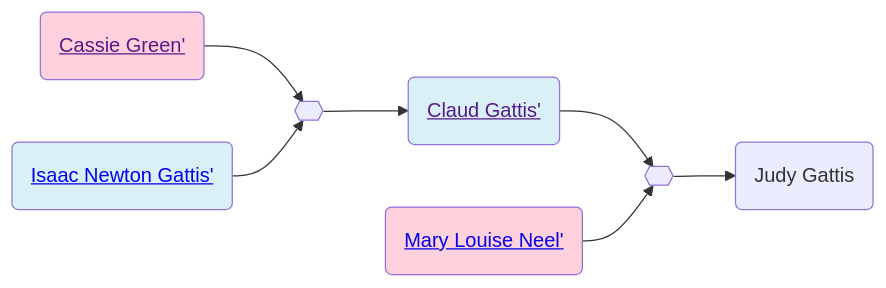
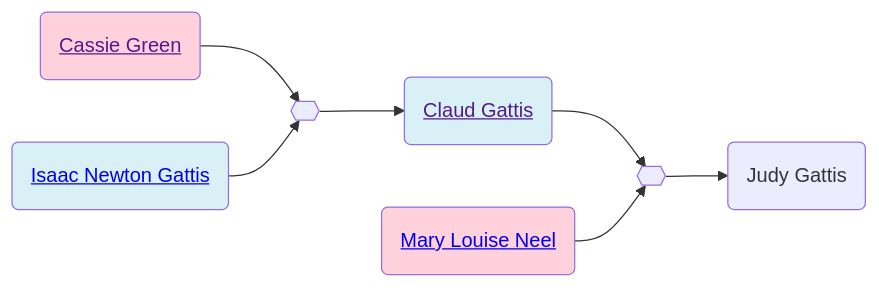
The second of 2 diagrams in familyhistory/sources/people/Gattis-line/Green-line/Cassie_Green.qmd (neelsmith/avocational), drawn with Mermaid before and after one commit. The commit also changed other lines of this file and 96 other files, not shown here.

````diff
--- a/familyhistory/sources/people/Gattis-line/Green-line/Cassie_Green.qmd
+++ b/familyhistory/sources/people/Gattis-line/Green-line/Cassie_Green.qmd
@@ -51,20 +51,20 @@
 ```{mermaid}
 graph LR
 %% LR descendant diagram
 class Cassie_Green_and_Isaac_Newton_Gattis marriage
-Cassie_Green(<a href=''>Cassie Green'</>) --> Cassie_Green_and_Isaac_Newton_Gattis{{ }}
-Isaac_Newton_Gattis(<a href='./../Isaac_Newton_Gattis.html'>Isaac Newton Gattis'</>) --> Cassie_Green_and_Isaac_Newton_Gattis{{ }}
+Cassie_Green(<a href=''>Cassie Green</a>) --> Cassie_Green_and_Isaac_Newton_Gattis{{ }}
+Isaac_Newton_Gattis(<a href='./../Isaac_Newton_Gattis.html'>Isaac Newton Gattis</a>) --> Cassie_Green_and_Isaac_Newton_Gattis{{ }}
 class Isaac_Newton_Gattis father
 class Cassie_Green mother
-Cassie_Green_and_Isaac_Newton_Gattis{{ }} --> Claud_Gattis(<a href='./../Claud_Gattis.html'>Claud Gattis'</>)
+Cassie_Green_and_Isaac_Newton_Gattis{{ }} --> Claud_Gattis(<a href='./../Claud_Gattis.html'>Claud Gattis</a>)
 class Claud_Gattis_and_Mary_Louise_Neel marriage
-Claud_Gattis(<a href=''>Claud Gattis'</>) --> Claud_Gattis_and_Mary_Louise_Neel{{ }}
-Mary_Louise_Neel(<a href='./../Neel-line/Mary_Louise_Neel.html'>Mary Louise Neel'</>) --> Claud_Gattis_and_Mary_Louise_Neel{{ }}
+Claud_Gattis(<a href=''>Claud Gattis</a>) --> Claud_Gattis_and_Mary_Louise_Neel{{ }}
+Mary_Louise_Neel(<a href='./../Neel-line/Mary_Louise_Neel.html'>Mary Louise Neel</a>) --> Claud_Gattis_and_Mary_Louise_Neel{{ }}
 class Claud_Gattis father
 class Mary_Louise_Neel mother
 Claud_Gattis_and_Mary_Louise_Neel{{ }} --> Judy_Gattis(Judy Gattis)
 classDef mother fill:#ffd1dc
 classDef father fill:#daf0f7  
 classDef marriage fill:#ffffff
 
 ```
````
